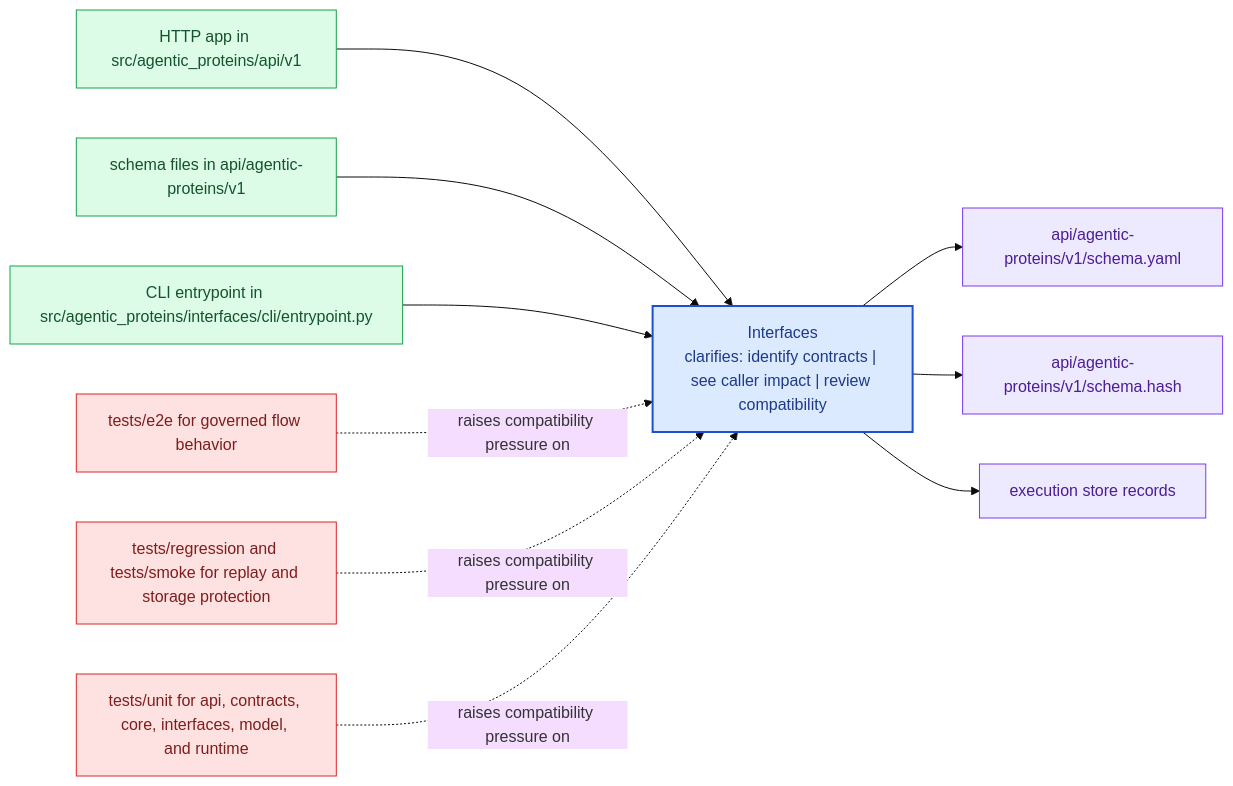
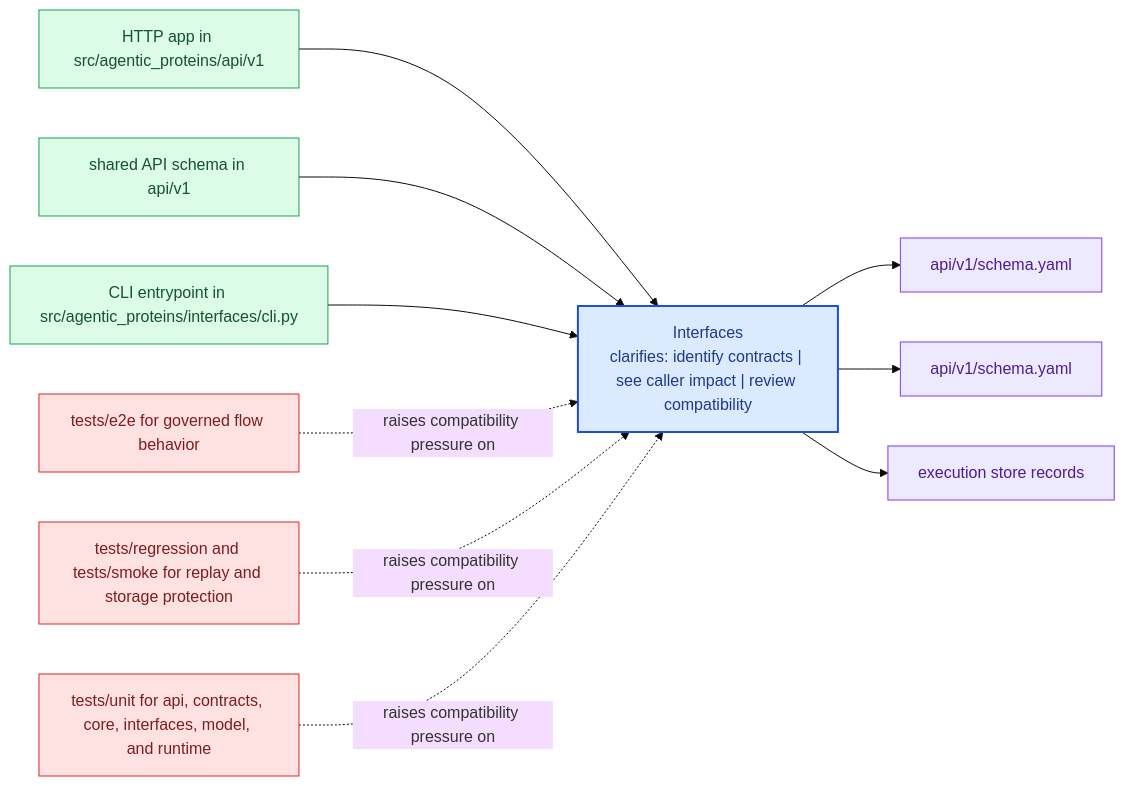
One commit to bijux/bijux-proteomics changed the diagram in docs/agentic-proteins/interfaces/index.md. Above: the diagram before and after it, drawn with Mermaid (base theme). The commit also changed other lines of this file and 24 other files, not shown here.

Commit message:
docs(agentic-proteins): deepen runtime handbook and align execution anchors to real modules

````diff
--- a/docs/agentic-proteins/interfaces/index.md
+++ b/docs/agentic-proteins/interfaces/index.md
@@ -20,31 +20,31 @@
 ```mermaid
 flowchart LR
     page["Interfaces<br/>clarifies: identify contracts | see caller impact | review compatibility"]
     classDef page fill:#dbeafe,stroke:#1d4ed8,color:#1e3a8a,stroke-width:2px;
     classDef positive fill:#dcfce7,stroke:#16a34a,color:#14532d;
     classDef caution fill:#fee2e2,stroke:#dc2626,color:#7f1d1d;
     classDef anchor fill:#ede9fe,stroke:#7c3aed,color:#4c1d95;
     classDef action fill:#fef3c7,stroke:#d97706,color:#7c2d12;
     surface1["HTTP app in src/agentic_proteins/api/v1"]
     surface1 --> page
-    surface2["schema files in api/agentic-proteins/v1"]
+    surface2["shared API schema in api/v1"]
     surface2 --> page
-    surface3["CLI entrypoint in src/agentic_proteins/interfaces/cli/entrypoint.py"]
+    surface3["CLI entrypoint in src/agentic_proteins/interfaces/cli.py"]
     surface3 --> page
-    proof1["api/agentic-proteins/v1/schema.yaml"]
+    proof1["api/v1/schema.yaml"]
     page --> proof1
-    proof2["api/agentic-proteins/v1/schema.hash"]
+    proof2["api/v1/schema.yaml"]
     page --> proof2
     proof3["execution store records"]
     page --> proof3
     review1["tests/e2e for governed flow behavior"]
     review1 -.raises compatibility pressure on.-> page
     review2["tests/regression and tests/smoke for replay and storage protection"]
     review2 -.raises compatibility pressure on.-> page
     review3["tests/unit for api, contracts, core, interfaces, model, and runtime"]
     review3 -.raises compatibility pressure on.-> page
     class page page;
     class surface1,surface2,surface3 positive;
     class proof1,proof2,proof3 anchor;
     class review1,review2,review3 caution;
 ```
````
